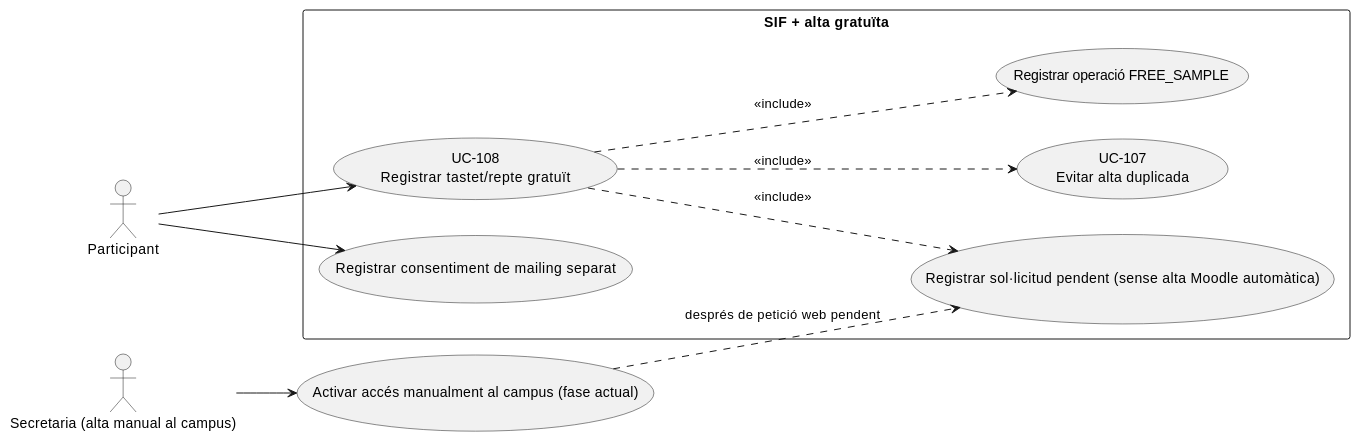
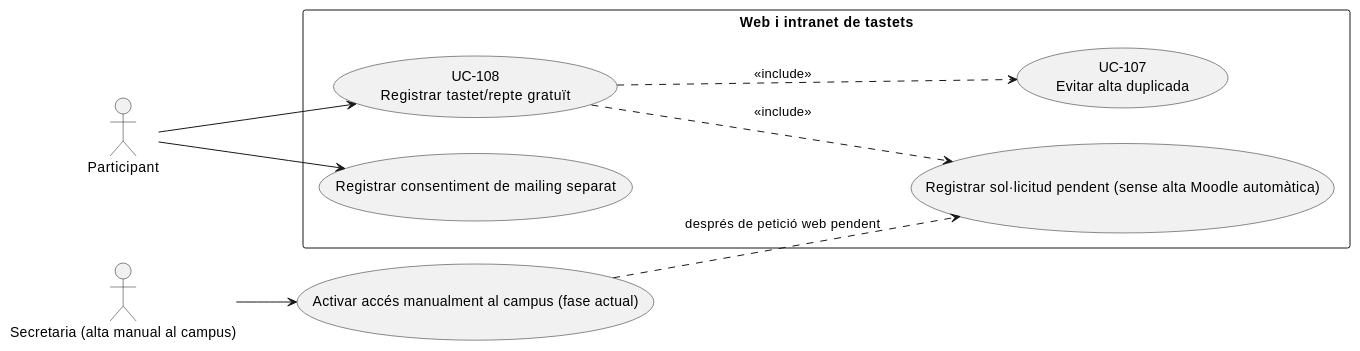
Before and after one commit to orgmeriemprismacat-del/verifactu: the first of 4 diagrams in documentacio/07-uml-integrat/uc-108-tastet-repte-gratuit.md, drawn with PlantUML. The commit also changed other lines of this file and 17 other files, not shown here.

````diff
--- a/documentacio/07-uml-integrat/uc-108-tastet-repte-gratuit.md
+++ b/documentacio/07-uml-integrat/uc-108-tastet-repte-gratuit.md
@@ -88,22 +105,20 @@
 ```plantuml
 @startuml
 left to right direction
 actor "Participant" as P
 actor "Secretaria (alta manual al campus)" as G
 usecase "Activar accés manualment al campus (fase actual)" as Manual
-rectangle "SIF + alta gratuïta" {
+rectangle "Web i intranet de tastets" {
  usecase "UC-108\nRegistrar tastet/repte gratuït" as Main
  usecase "UC-107\nEvitar alta duplicada" as Dup
- usecase "Registrar operació FREE_SAMPLE" as Op
  usecase "Registrar sol·licitud pendent (sense alta Moodle automàtica)" as Access
  usecase "Registrar consentiment de mailing separat" as Mail
 }
 P --> Main
 G --> Manual
 Main ..> Dup : <<include>>
-Main ..> Op : <<include>>
 Main ..> Access : <<include>>
 Manual ..> Access : després de petició web pendent
 P --> Mail
 @enduml
 ```
````
